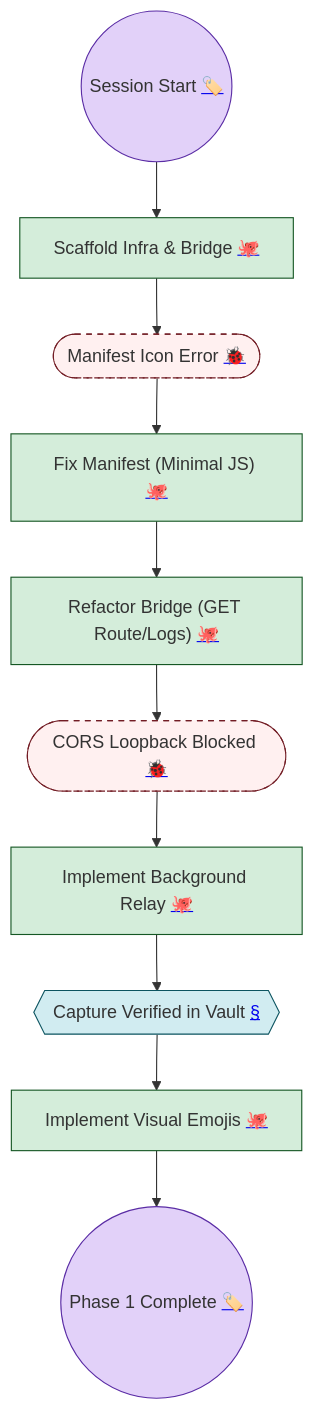
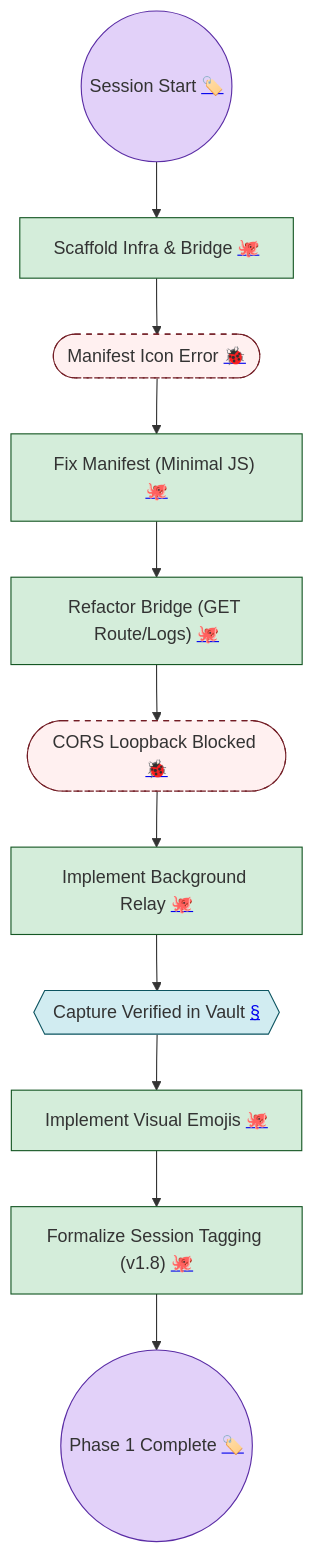
Before and after one commit to ReutFarkash/twitter_context: the diagram in output/2026-02-24_163500-conversation-flow.md, drawn with Mermaid. The commit also changed other lines of this file and 1 other file, not shown here.

Commit message:
docs: final session wrap-up and tagging standard reinforcement

````diff
--- a/output/2026-02-24_163500-conversation-flow.md
+++ b/output/2026-02-24_163500-conversation-flow.md
@@ -18,30 +18,32 @@
 ```mermaid
 graph TD
     classDef research fill:#d1ecf1,stroke:#0c5460;
     classDef implementation fill:#d4edda,stroke:#155724;
     classDef decision fill:#fff3cd,stroke:#856404;
     classDef fail fill:#f8d7da,stroke:#721c24;
     classDef detour stroke-dasharray: 5 5, fill:#fff0f0, stroke:#721c24;
     classDef checkpoint fill:#e2d1f9,stroke:#5a2ca5;
 
     Start(("Session Start <a href='#2026-02-24_154500-session-start'>🏷️</a>")):::checkpoint
     Scaffold["Scaffold Infra & Bridge <a href='#2026-02-24_154500-session-start'>🐙</a>"]:::implementation
     ManifestBug(["Manifest Icon Error <a href='#2026-02-24_155500-bug-fix'>🐞</a>"]):::detour
     FixManifest["Fix Manifest (Minimal JS) <a href='#2026-02-24_155500-bug-fix'>🐙</a>"]:::implementation
     BridgeRefactor["Refactor Bridge (GET Route/Logs) <a href='#2026-02-24_160500-refactor'>🐙</a>"]:::implementation
     CORSError(["CORS Loopback Blocked <a href='#2026-02-24_162500-fix'>🐞</a>"]):::detour
     RelayImpl["Implement Background Relay <a href='#2026-02-24_162500-fix'>🐙</a>"]:::implementation
     CaptureSuccess{{"Capture Verified in Vault <a href='#2026-02-24_162500-fix'>§</a>"}}:::research
     BadgeImpl["Implement Visual Emojis <a href='#2026-02-24_163500-session-wrap'>🐙</a>"]:::implementation
-    End(("Phase 1 Complete <a href='#2026-02-24_163500-session-wrap'>🏷️</a>")):::checkpoint
+    Refinements["Formalize Session Tagging (v1.8) <a href='#2026-02-24_164500-standards'>🐙</a>"]:::implementation
+    End(("Phase 1 Complete <a href='#2026-02-24_164500-session-wrap'>🏷️</a>")):::checkpoint
 
     Start --> Scaffold
     Scaffold --> ManifestBug
     ManifestBug --> FixManifest
     FixManifest --> BridgeRefactor
     BridgeRefactor --> CORSError
     CORSError --> RelayImpl
     RelayImpl --> CaptureSuccess
     CaptureSuccess --> BadgeImpl
-    BadgeImpl --> End
+    BadgeImpl --> Refinements
+    Refinements --> End
 ```
````
